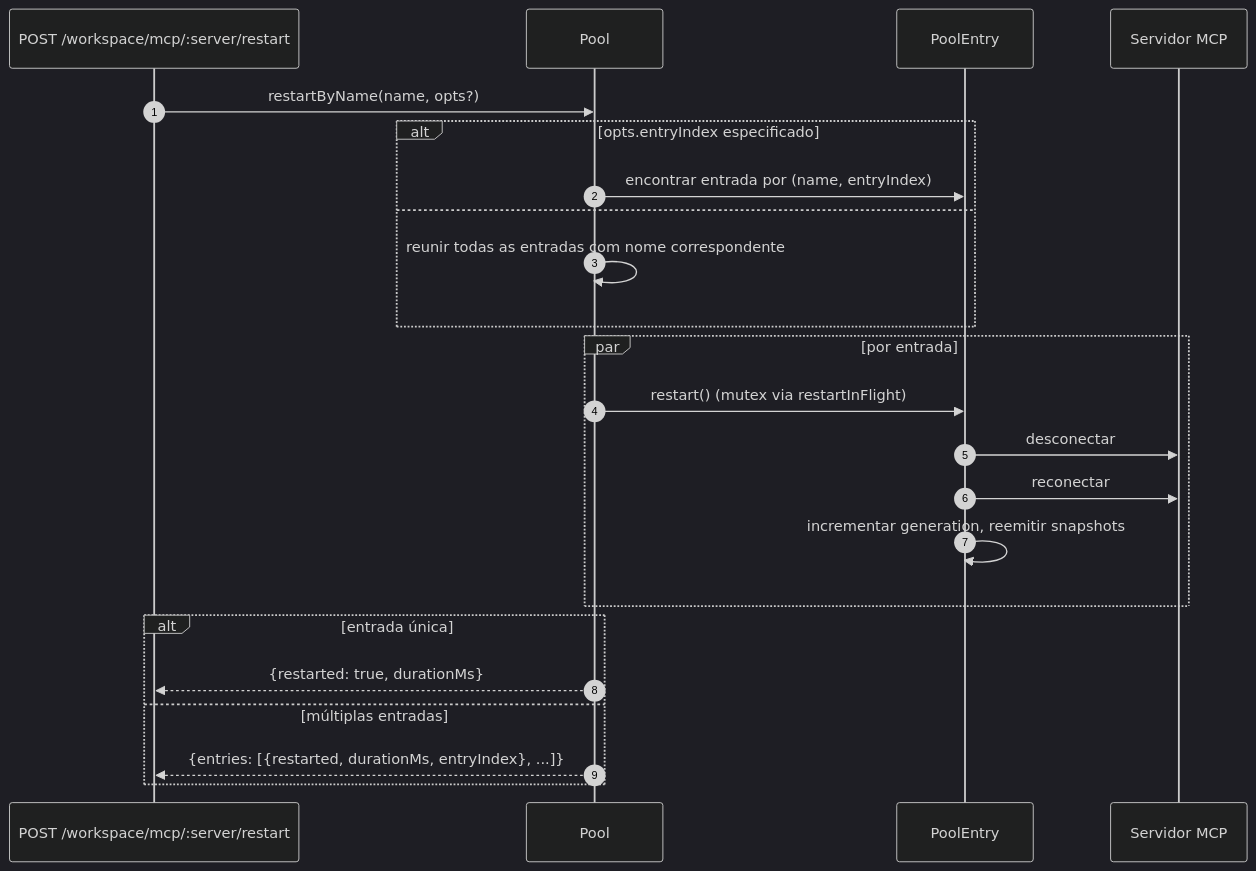
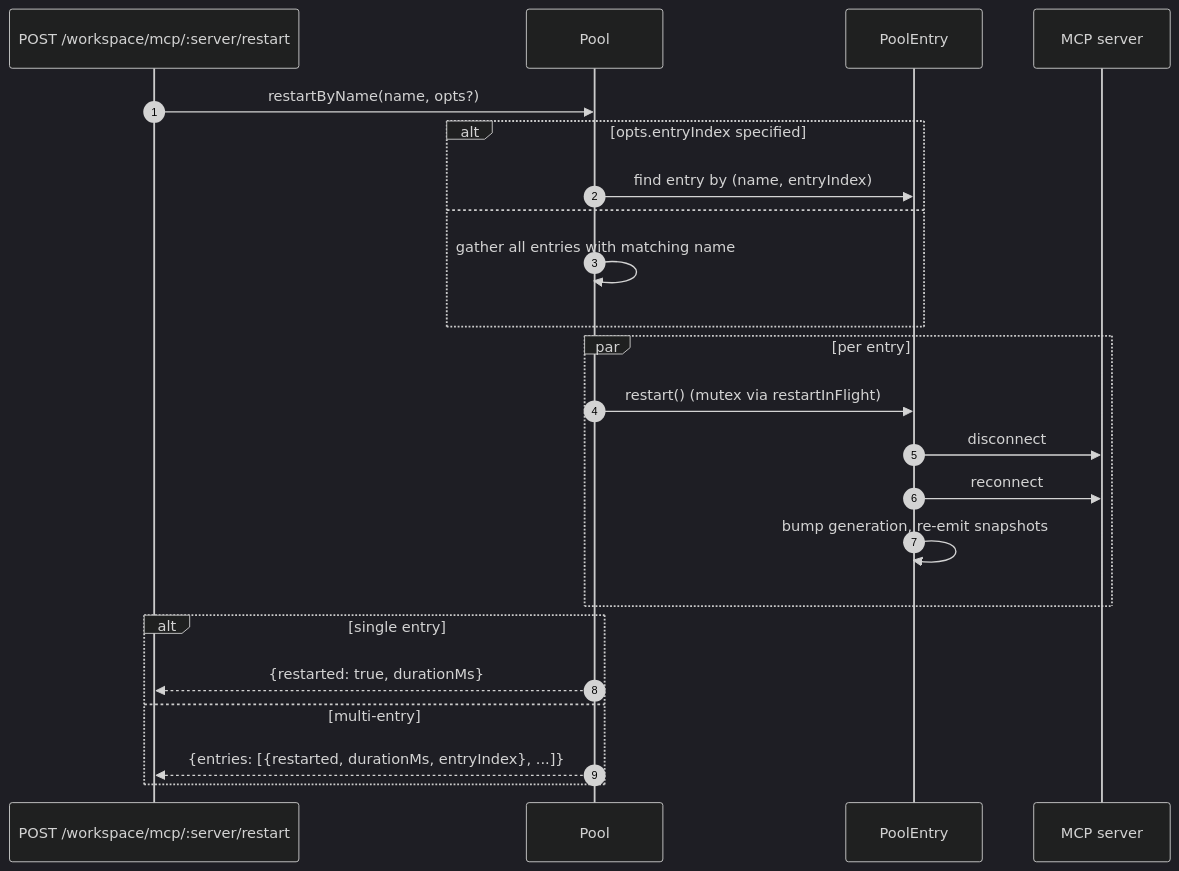
One commit to QwenLM/qwen-code-docs changed the third of 4 diagrams in website/content/pt-BR/developers/daemon/05-mcp-transport-pool.md. Above: the diagram before and after it, drawn with Mermaid (dark theme). The commit also changed other lines of this file and 267 other files, not shown here.

````diff
--- a/website/content/pt-BR/developers/daemon/05-mcp-transport-pool.md
+++ b/website/content/pt-BR/developers/daemon/05-mcp-transport-pool.md
@@ -177,26 +175,26 @@
 ```mermaid
 sequenceDiagram
     autonumber
     participant Op as POST /workspace/mcp/:server/restart
     participant P as Pool
     participant E as PoolEntry
-    participant SRV as Servidor MCP
+    participant SRV as MCP server
 
     Op->>P: restartByName(name, opts?)
-    alt opts.entryIndex especificado
-        P->>E: encontrar entrada por (name, entryIndex)
+    alt opts.entryIndex specified
+        P->>E: find entry by (name, entryIndex)
     else
-        P->>P: reunir todas as entradas com nome correspondente
+        P->>P: gather all entries with matching name
     end
-    par por entrada
+    par per entry
         P->>E: restart() (mutex via restartInFlight)
-        E->>SRV: desconectar
-        E->>SRV: reconectar
-        E->>E: incrementar generation, reemitir snapshots
+        E->>SRV: disconnect
+        E->>SRV: reconnect
+        E->>E: bump generation, re-emit snapshots
     end
-    alt entrada única
+    alt single entry
         P-->>Op: {restarted: true, durationMs}
-    else múltiplas entradas
+    else multi-entry
         P-->>Op: {entries: [{restarted, durationMs, entryIndex}, ...]}
     end
 ```
````
